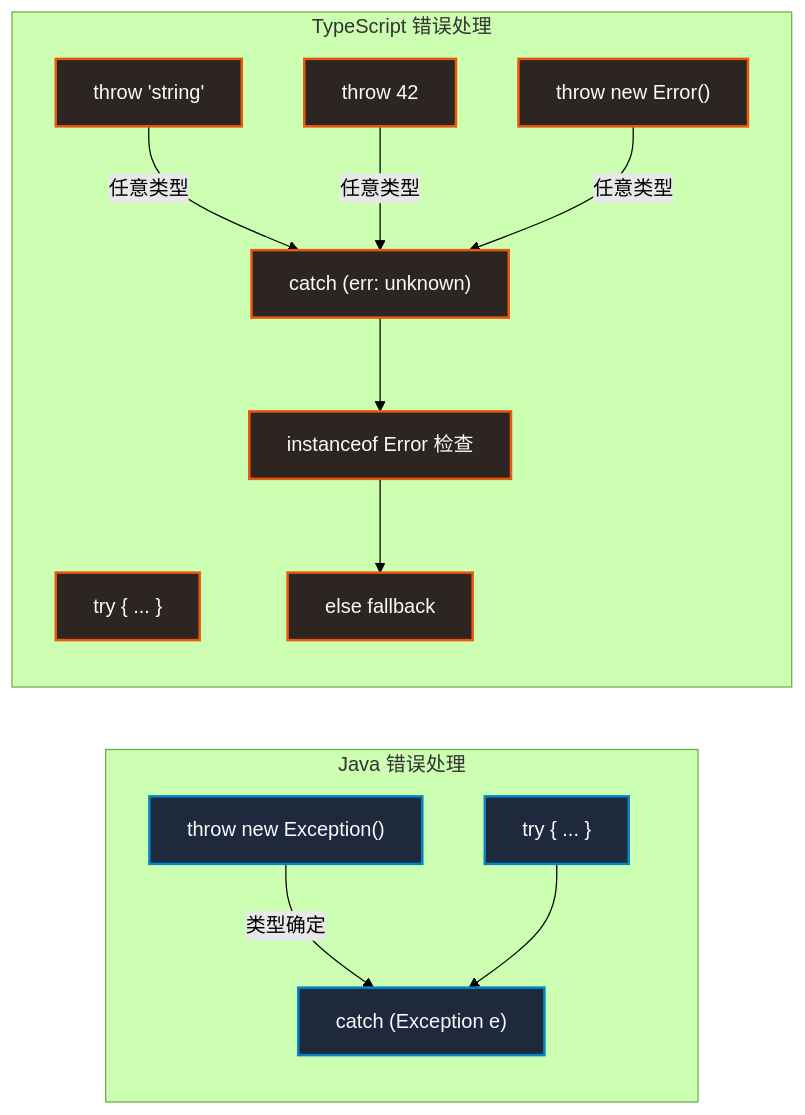
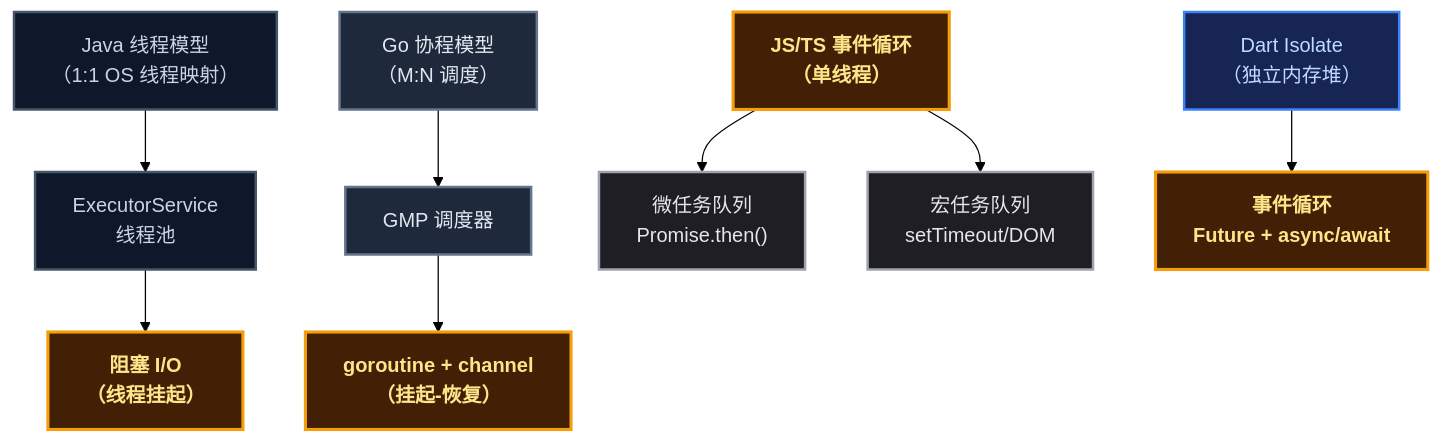
One commit to yaocat55/yaocat55.github.io changed the third of 4 diagrams in content/posts/frontend/JavaTsComparison.md. Above: the diagram before and after it, drawn with Mermaid (forest theme). The commit also changed other lines of this file, not shown here.

Commit message:
refactor: 按新大纲重写 Java/Go→React 对比博客，新增 2.4/2.5/2.6 和 3.3/3.4/3.5，删除 CrudTable，精简对照表

````diff
--- a/content/posts/frontend/JavaTsComparison.md
+++ b/content/posts/frontend/JavaTsComparison.md
@@ -540,28 +697,34 @@
 ```mermaid
-flowchart LR
-    subgraph JAVA_ERR["Java 错误处理"]
-        JTRY["try { ... }"]
-        JCATCH["catch (Exception e)"]
-        JTHROW["throw new Exception()"]
-        JTHROW -->|"类型确定"| JCATCH
-        JTRY --> JCATCH
-    end
+flowchart TD
+    JAVA_THREAD["Java 线程模型\n（1:1 OS 线程映射）"]
+    JAVA_POOL["ExecutorService\n线程池"]
+    JAVA_BLOCK["阻塞 I/O\n（线程挂起）"]
+    JAVA_THREAD --> JAVA_POOL --> JAVA_BLOCK
 
-    subgraph TS_ERR["TypeScript 错误处理"]
-        TTRY["try { ... }"]
-        TCATCH["catch (err: unknown)"]
-        TINSTANCEOF["instanceof Error 检查"]
-        TOTHER["else fallback"]
-        TTHROW1["throw 'string'"]
-        TTHROW2["throw 42"]
-        TTHROW3["throw new Error()"]
-        TTHROW1 & TTHROW2 & TTHROW3 -->|"任意类型"| TCATCH
-        TCATCH --> TINSTANCEOF --> TOTHER
-    end
+    GO_GOROUTINE["Go 协程模型\n（M:N 调度）"]
+    GO_GMP["GMP 调度器"]
+    GO_CHANNEL["goroutine + channel\n（挂起-恢复）"]
+    GO_GOROUTINE --> GO_GMP --> GO_CHANNEL
 
-    classDef javaStyle fill:#1e293b,stroke:#0284c7,stroke-width:2px,color:#f8fafc;
-    classDef tsStyle fill:#2d2522,stroke:#ea580c,stroke-width:2px,color:#f8fafc;
+    JS_EVENTLOOP["JS/TS 事件循环\n（单线程）"]
+    JS_MICRO["微任务队列\nPromise.then()"]
+    JS_MACRO["宏任务队列\nsetTimeout/DOM"]
+    JS_EVENTLOOP --> JS_MICRO
+    JS_EVENTLOOP --> JS_MACRO
 
-    class JTRY,JCATCH,JTHROW javaStyle;
-    class TTRY,TCATCH,TINSTANCEOF,TOTHER,TTHROW1,TTHROW2,TTHROW3 tsStyle;
+    DART_ISOLATE["Dart Isolate\n（独立内存堆）"]
+    DART_EVENT["事件循环\nFuture + async/await"]
+    DART_ISOLATE --> DART_EVENT
+
+    classDef root fill:#0f172a,stroke:#475569,stroke-width:2px,color:#cbd5e1;
+    classDef branch fill:#1e293b,stroke:#64748b,stroke-width:2px,color:#e2e8f0;
+    classDef leaf fill:#1e1e24,stroke:#9ca3af,stroke-width:2px,color:#e5e7eb;
+    classDef data fill:#172554,stroke:#3b82f6,stroke-width:2px,color:#bfdbfe;
+    classDef highlight fill:#422006,stroke:#f59e0b,stroke-width:2.5px,color:#fde68a,font-weight:bold;
+
+    class JAVA_THREAD,JAVA_POOL,JAVA_BLOCK root;
+    class GO_GOROUTINE,GO_GMP,GO_CHANNEL branch;
+    class JS_EVENTLOOP,JS_MICRO,JS_MACRO leaf;
+    class DART_ISOLATE,DART_EVENT data;
+    class JAVA_BLOCK,GO_CHANNEL,DART_EVENT,JS_EVENTLOOP highlight;
 ```
````
